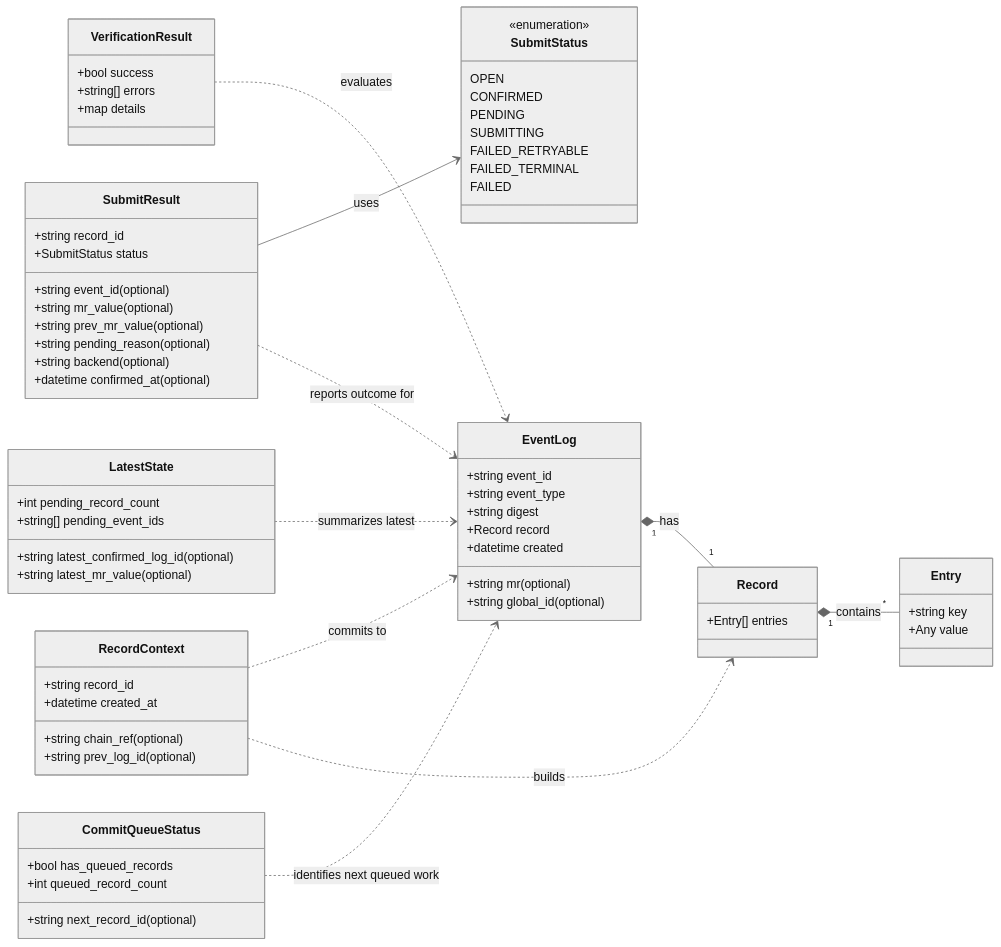
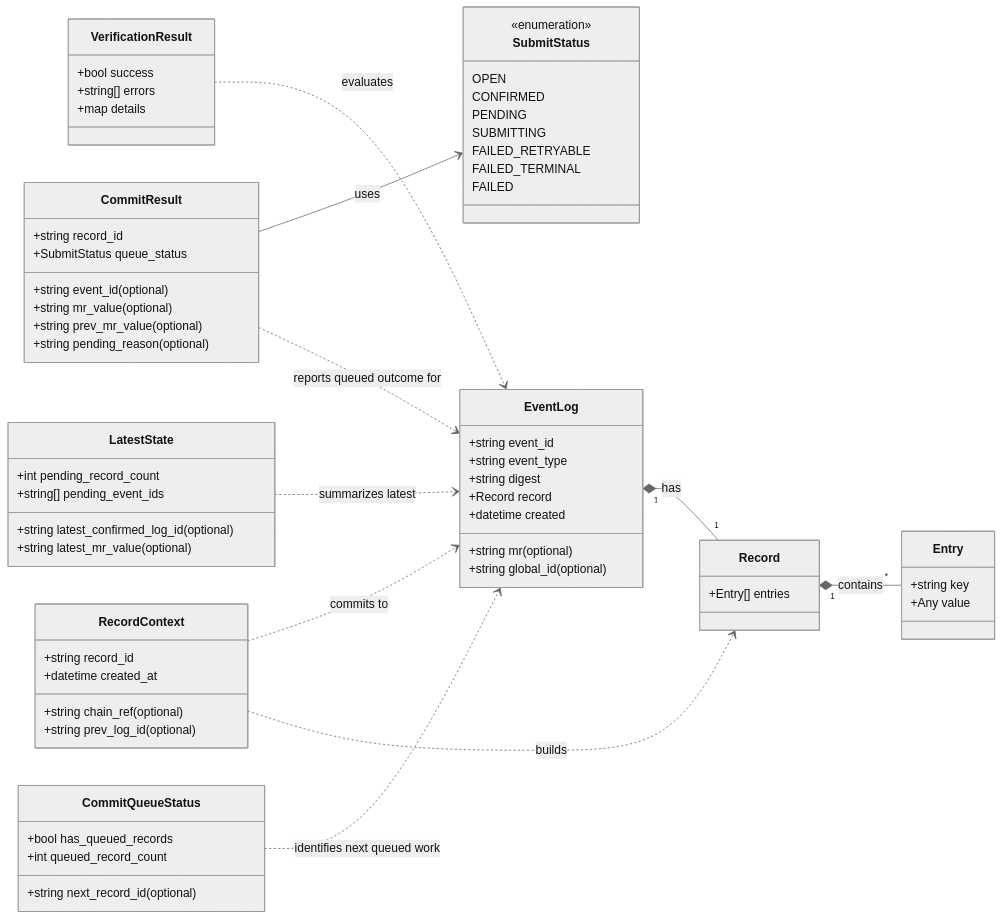
The fourth of 7 diagrams in docs/trusted-log/architecture.md (intel/confidential-computing-zoo), drawn with Mermaid (neutral theme) before and after one commit. The commit also changed other lines of this file and 1 other file, not shown here.

````diff
--- a/docs/trusted-log/architecture.md
+++ b/docs/trusted-log/architecture.md
@@ -250,81 +250,79 @@
 ```mermaid
 classDiagram
     direction LR
 
     class SubmitStatus {
         <<enumeration>>
         OPEN
         CONFIRMED
         PENDING
         SUBMITTING
         FAILED_RETRYABLE
         FAILED_TERMINAL
         FAILED
     }
 
     class RecordContext {
         +string record_id
         +string chain_ref(optional)
         +datetime created_at
         +string prev_log_id(optional)
     }
 
     class EventLog {
         +string event_id
         +string event_type
         +string digest
         +Record record
         +datetime created
         +string mr(optional)
         +string global_id(optional)
     }
 
     class Record {
         +Entry[] entries
     }
 
     class Entry {
         +string key
         +Any value
     }
 
-    class SubmitResult {
+    class CommitResult {
         +string record_id
         +string event_id(optional)
-        +SubmitStatus status
+        +SubmitStatus queue_status
         +string mr_value(optional)
         +string prev_mr_value(optional)
         +string pending_reason(optional)
-        +string backend(optional)
-        +datetime confirmed_at(optional)
     }
 
     class CommitQueueStatus {
         +bool has_queued_records
         +int queued_record_count
         +string next_record_id(optional)
     }
 
     class LatestState {
         +string latest_confirmed_log_id(optional)
         +int pending_record_count
         +string[] pending_event_ids
         +string latest_mr_value(optional)
     }
 
     class VerificationResult {
         +bool success
         +string[] errors
         +map details
     }
 
     EventLog "1" *-- "1" Record : has
     Record "1" *-- "*" Entry : contains
     RecordContext ..> Record : builds
     RecordContext ..> EventLog : commits to
-    SubmitResult ..> EventLog : reports outcome for
-    SubmitResult --> SubmitStatus : uses
+    CommitResult ..> EventLog : reports queued outcome for
+    CommitResult --> SubmitStatus : uses
     CommitQueueStatus ..> EventLog : identifies next queued work
     LatestState ..> EventLog : summarizes latest
     VerificationResult ..> EventLog : evaluates
 ```
````
